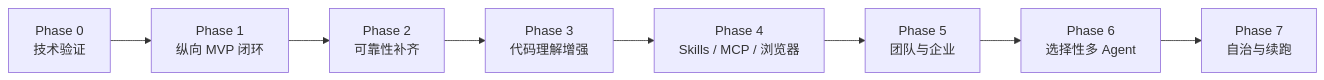
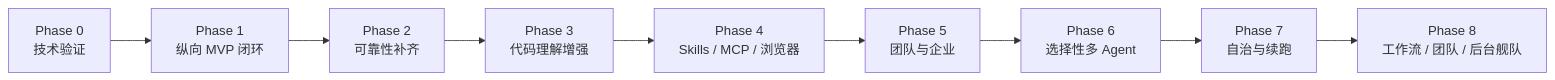
The diagram in docs/roadmap.md (OPQ741/mod-agent), drawn with Mermaid before and after one commit. The commit also changed other lines of this file and 15 other files, not shown here.

````diff
--- a/docs/roadmap.md
+++ b/docs/roadmap.md
@@ -48,10 +58,11 @@
 ```mermaid
 flowchart LR
     P0["Phase 0<br/>技术验证"] --> P1["Phase 1<br/>纵向 MVP 闭环"]
     P1 --> P2["Phase 2<br/>可靠性补齐"]
     P2 --> P3["Phase 3<br/>代码理解增强"]
     P3 --> P4["Phase 4<br/>Skills / MCP / 浏览器"]
     P4 --> P5["Phase 5<br/>团队与企业"]
     P5 --> P6["Phase 6<br/>选择性多 Agent"]
     P6 --> P7["Phase 7<br/>自治与续跑"]
+    P7 --> P8["Phase 8<br/>工作流 / 团队 / 后台舰队"]
 ```
````
